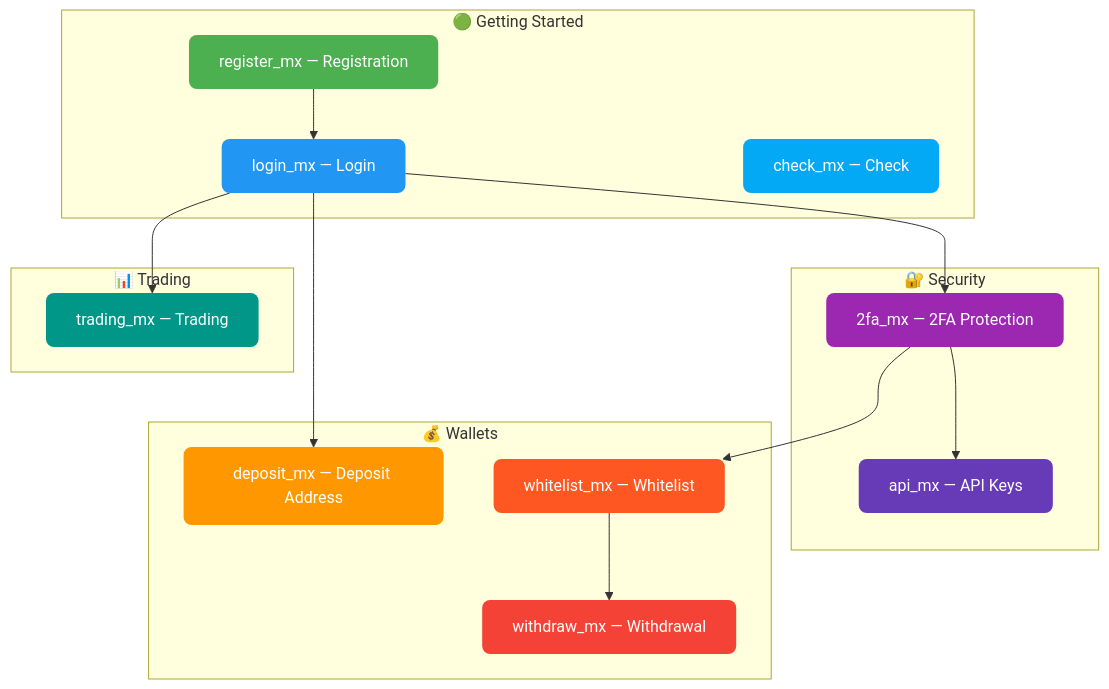
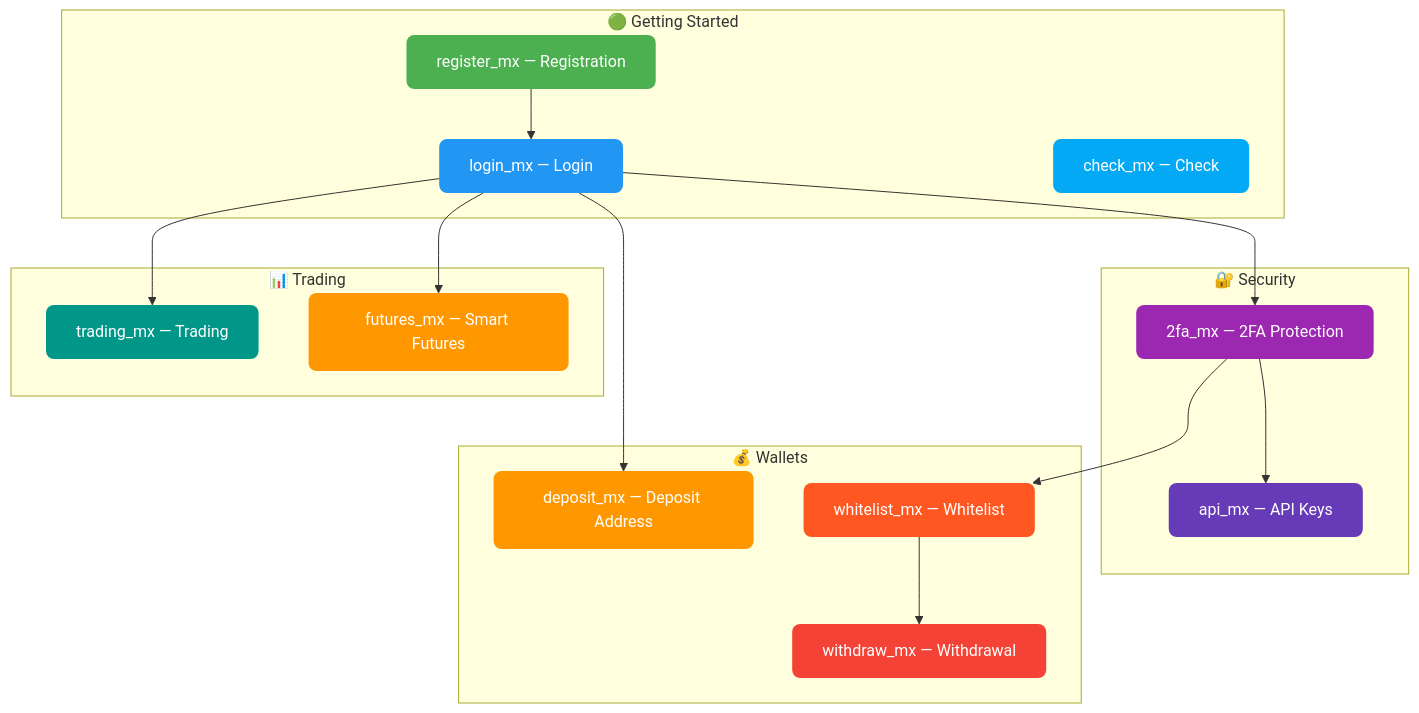
One commit to AutoPilotSoftware/docs changed the tenth of 10 diagrams in src/content/docs/en/exchanges/mexc-autopilot.md. Above: the diagram before and after it, drawn with Mermaid. The commit also changed other lines of this file and 2 other files, not shown here.

Commit message:
docs(mexc): smart futures (futures_mx) — market open + stop-loss pilot guide (ru/en/ua)

````diff
--- a/src/content/docs/en/exchanges/mexc-autopilot.md
+++ b/src/content/docs/en/exchanges/mexc-autopilot.md
@@ -353,41 +397,44 @@
 ```mermaid
 flowchart TD
     subgraph REG ["🟢 Getting Started"]
         R["register_mx — Registration"]
         L["login_mx — Login"]
         C["check_mx — Check"]
     end
 
     subgraph SEC ["🔐 Security"]
         FA["2fa_mx — 2FA Protection"]
         API["api_mx — API Keys"]
     end
 
     subgraph WALLET ["💰 Wallets"]
         D["deposit_mx — Deposit Address"]
         W["whitelist_mx — Whitelist"]
         WD["withdraw_mx — Withdrawal"]
     end
 
     subgraph TRADE ["📊 Trading"]
         T["trading_mx — Trading"]
+        FU["futures_mx — Smart Futures"]
     end
 
     R --> L
     L --> FA
     FA --> W
     FA --> API
     W --> WD
     L --> D
     L --> T
+    L --> FU
 
     style R fill:#4CAF50,color:#fff,stroke:none,rx:8
     style L fill:#2196F3,color:#fff,stroke:none,rx:8
     style C fill:#03A9F4,color:#fff,stroke:none,rx:8
     style FA fill:#9C27B0,color:#fff,stroke:none,rx:8
     style API fill:#673AB7,color:#fff,stroke:none,rx:8
     style D fill:#FF9800,color:#fff,stroke:none,rx:8
     style W fill:#FF5722,color:#fff,stroke:none,rx:8
     style WD fill:#f44336,color:#fff,stroke:none,rx:8
     style T fill:#009688,color:#fff,stroke:none,rx:8
+    style FU fill:#FF9800,color:#fff,stroke:none,rx:8
 ```
````
